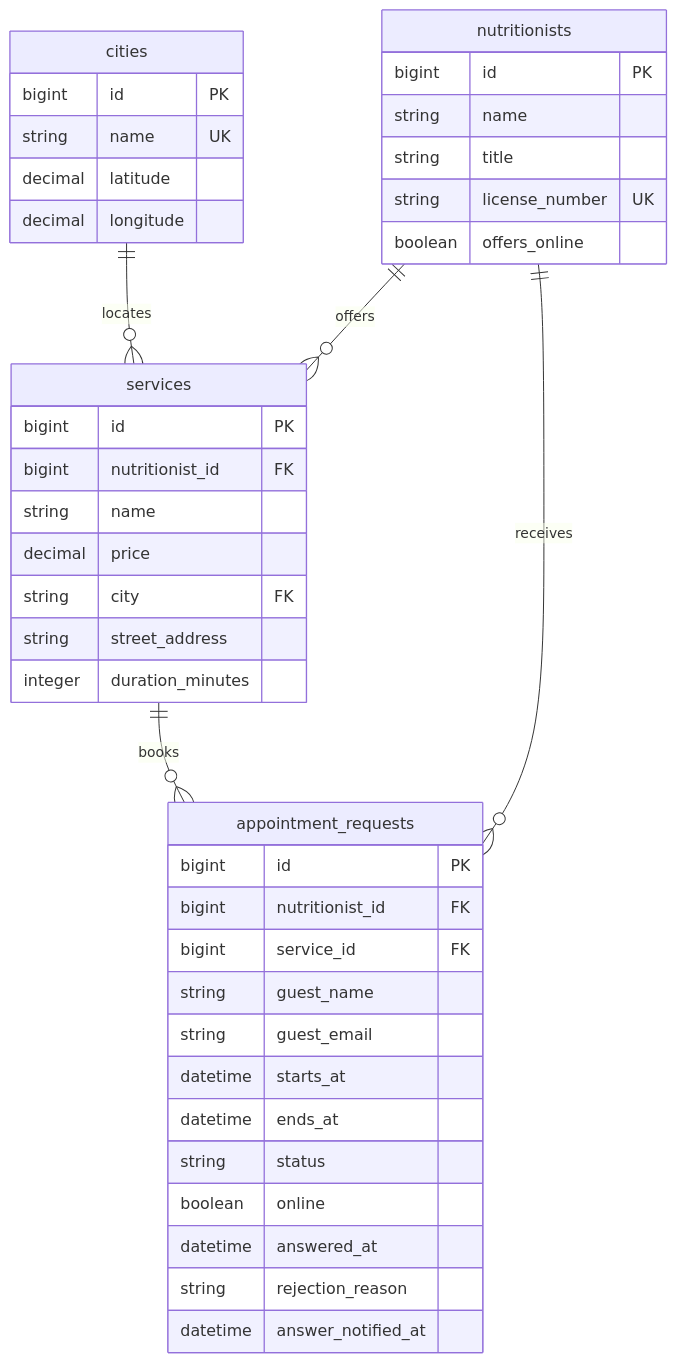
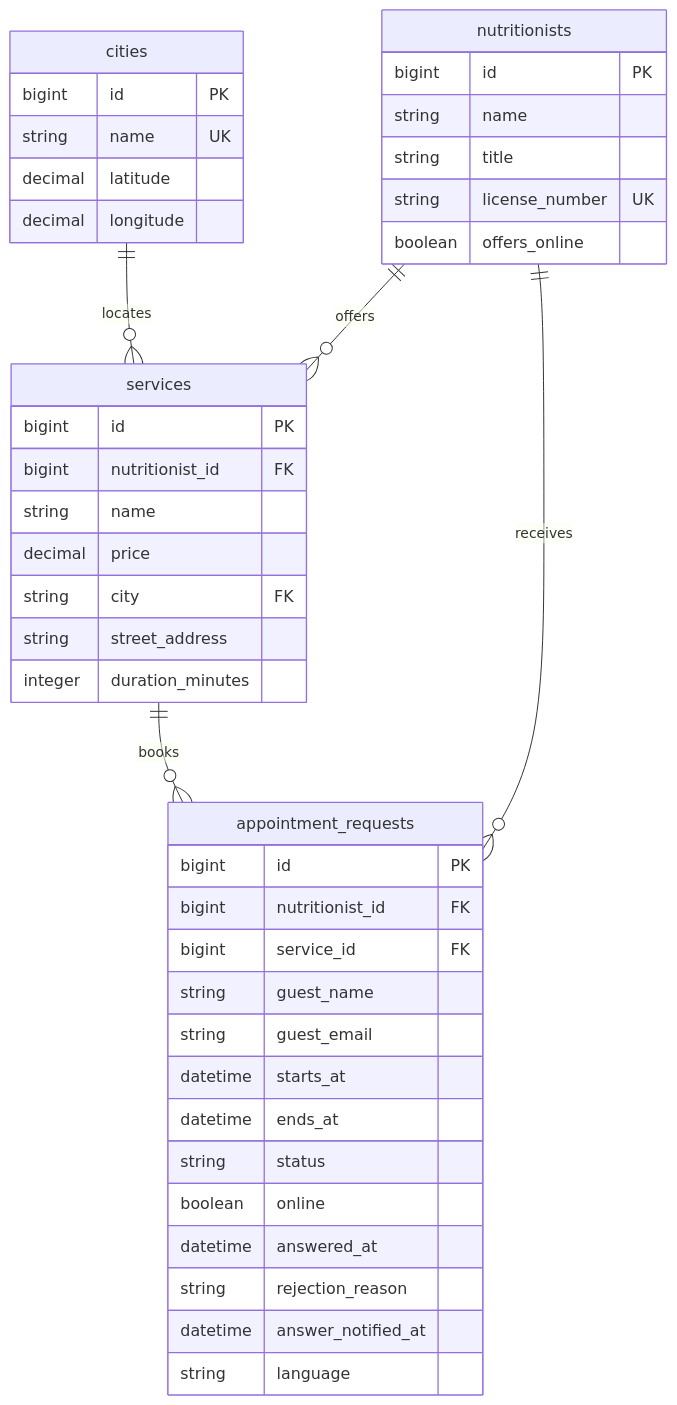
One commit to rgllm/NutriBook changed the diagram in README.md. Above: the diagram before and after it, drawn with Mermaid. The commit also changed other lines of this file and 29 other files, not shown here.

````diff
--- a/README.md
+++ b/README.md
@@ -156,44 +157,45 @@
 ```mermaid
 erDiagram
     cities ||--o{ services : locates
     nutritionists ||--o{ services : offers
     nutritionists ||--o{ appointment_requests : receives
     services ||--o{ appointment_requests : books
 
     cities {
         bigint id PK
         string name UK
         decimal latitude
         decimal longitude
     }
     nutritionists {
         bigint id PK
         string name
         string title
         string license_number UK
         boolean offers_online
     }
     services {
         bigint id PK
         bigint nutritionist_id FK
         string name
         decimal price
         string city FK
         string street_address
         integer duration_minutes
     }
     appointment_requests {
         bigint id PK
         bigint nutritionist_id FK
         bigint service_id FK
         string guest_name
         string guest_email
         datetime starts_at
         datetime ends_at
         string status
         boolean online
         datetime answered_at
         string rejection_reason
         datetime answer_notified_at
+        string language
     }
 ```
````
